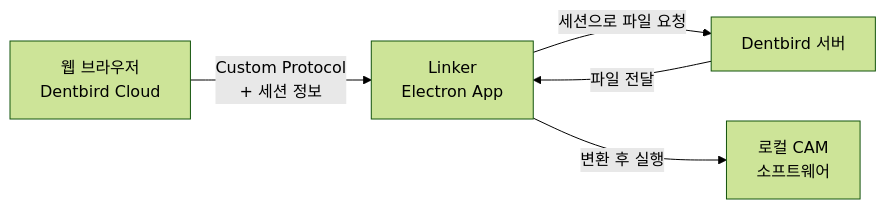
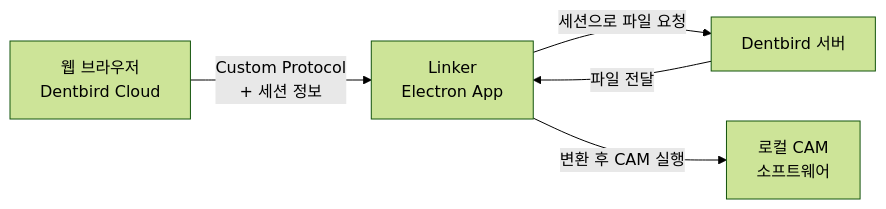
The first of 7 diagrams in portfolio.md (crowwan/resume), drawn with Mermaid (forest theme) before and after one commit. The commit also changed other lines of this file and 2 other files, not shown here.

````diff
--- a/portfolio.md
+++ b/portfolio.md
@@ -31,11 +55,11 @@
 ```mermaid
 flowchart LR
   W["웹 브라우저<br/>Dentbird Cloud"]
   E["Linker<br/>Electron App"]
   S["Dentbird 서버"]
   C["로컬 CAM<br/>소프트웨어"]
   W -->|"Custom Protocol<br/>+ 세션 정보"| E
   E -->|"세션으로 파일 요청"| S
   S -->|"파일 전달"| E
-  E -->|"변환 후 실행"| C
+  E -->|"변환 후 CAM 실행"| C
 ```
````
